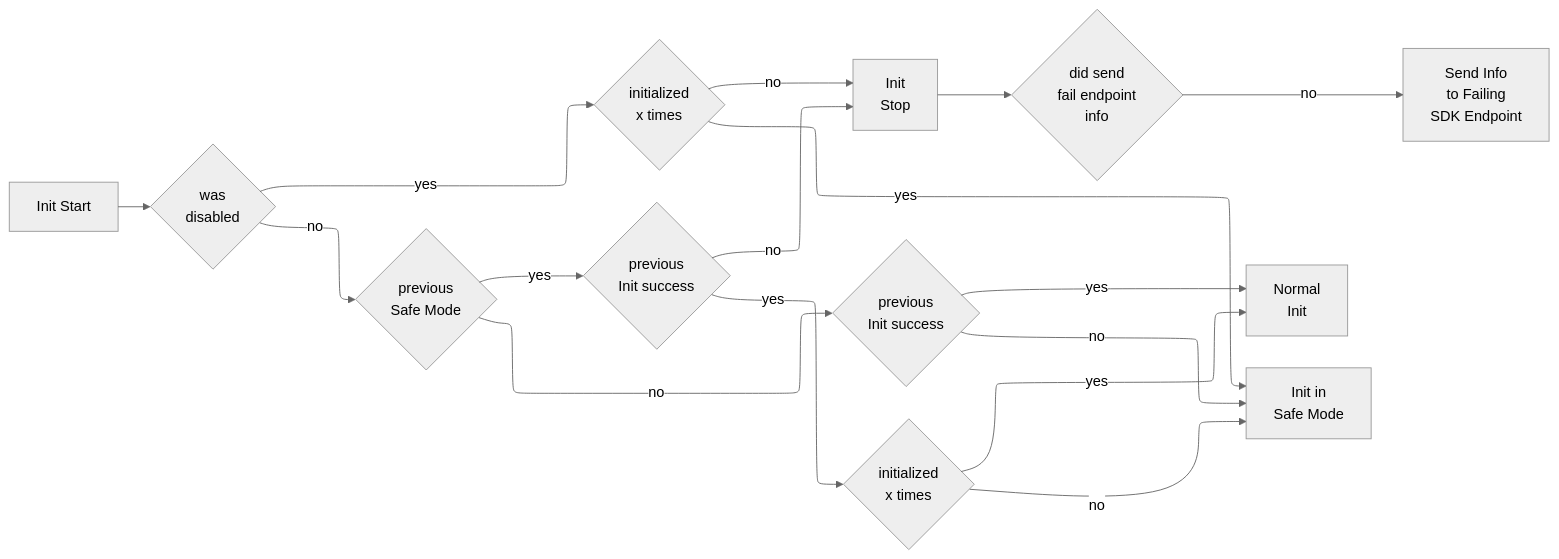
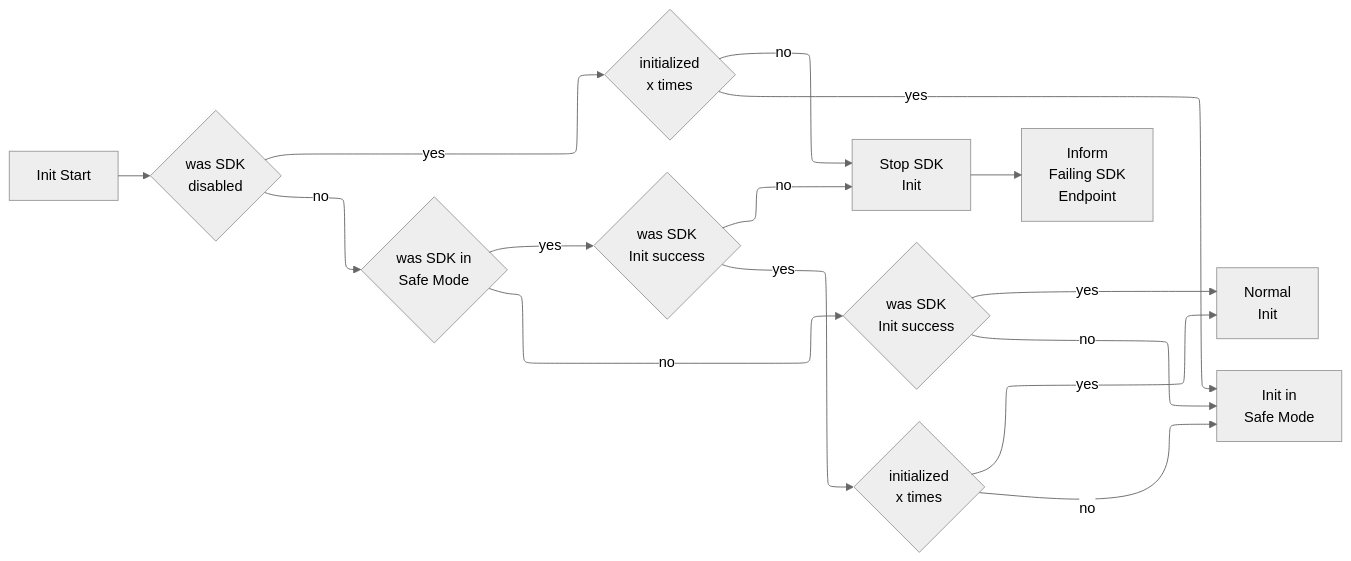
The diagram in text/0143-sdk-fail-safe-mode.md (getsentry/rfcs), drawn with Mermaid before and after one commit.

Commit message:
simplify diagram

````diff
--- a/text/0143-sdk-fail-safe-mode.md
+++ b/text/0143-sdk-fail-safe-mode.md
@@ -53,65 +53,59 @@
 ```mermaid
 ---
 config:
   layout: elk
   elk:
     mergeEdges: false
     nodePlacementStrategy: NETWORK_SIMPLEX
   theme: neutral
 ---
 flowchart LR
     sdk-init-start[Init Start]
     sdk-init-normal[Normal
         Init]
     sdk-init-safe-mode[Init in
         Safe Mode]
-    sdk-init-stop[Init
-        Stop]
-    sdk-fail-endpoint[Send Info
-        to Failing
-        SDK Endpoint]
+    sdk-init-stop[Stop SDK
+        Init]
+    sdk-fail-endpoint[Inform
+        Failing SDK
+        Endpoint]
     
     
-    decision-sdk-disabled@{ shape: diamond, label: "was
+    decision-sdk-disabled@{ shape: diamond, label: "was SDK
         disabled" }
     decision-sdk-initialized-x-times@{ shape: diamond, label: "initialized
         x times" }
-    decision-init-success@{ shape: diamond, label: "previous
+    decision-init-success@{ shape: diamond, label: "was SDK
         Init success" }
 
-    decision-init-success-safe-mode@{ shape: diamond, label: "previous
+    decision-init-success-safe-mode@{ shape: diamond, label: "was SDK
         Init success" }
 
-    decision-safe-mode@{ shape: diamond, label: "previous
+    decision-safe-mode@{ shape: diamond, label: "was SDK in
         Safe Mode" }
     decision-sdk-init-x-times-safe-mode@{ shape: diamond, label: "initialized
         x times" }
-
-    decision-did-send-fail-endpoint@{ shape: diamond, label: "did send
-        fail endpoint
-        info" }
-
     
     sdk-init-start --> decision-sdk-disabled
     decision-sdk-disabled-- yes --> decision-sdk-initialized-x-times
     decision-sdk-disabled-- no --> decision-safe-mode
     
     decision-sdk-initialized-x-times-- no --> sdk-init-stop
     decision-sdk-initialized-x-times-- yes --> sdk-init-safe-mode
 
     decision-init-success-- yes --> sdk-init-normal
     decision-init-success-- no --> sdk-init-safe-mode
     
     decision-safe-mode-- yes --> decision-init-success-safe-mode
     decision-init-success-safe-mode -- yes --> decision-sdk-init-x-times-safe-mode
     decision-sdk-init-x-times-safe-mode -- yes --> sdk-init-normal
     decision-sdk-init-x-times-safe-mode -- no --> sdk-init-safe-mode
 
     decision-init-success-safe-mode -- no --> sdk-init-stop
 
     decision-safe-mode-- no --> decision-init-success
 
-    sdk-init-stop --> decision-did-send-fail-endpoint
-    decision-did-send-fail-endpoint -- no --> sdk-fail-endpoint
+    sdk-init-stop --> sdk-fail-endpoint
 
 ```
````
